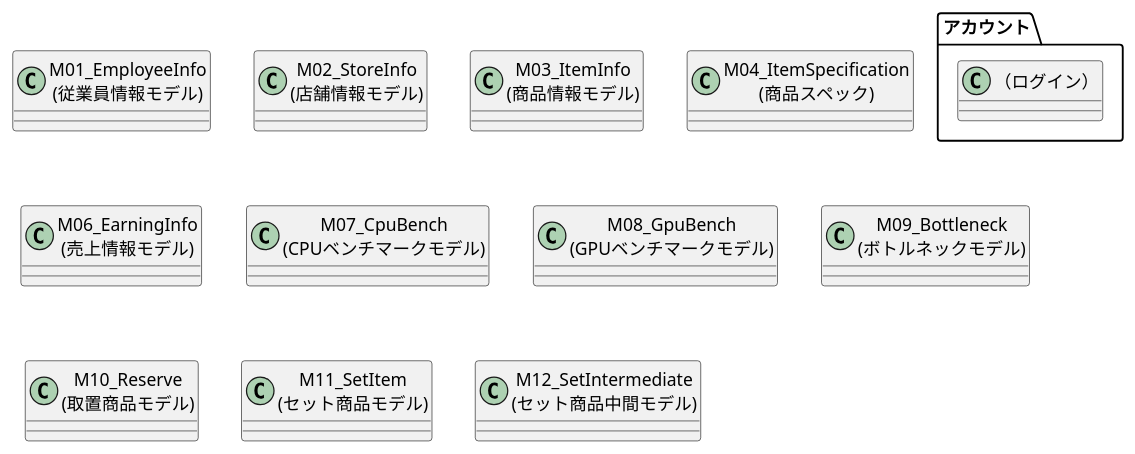
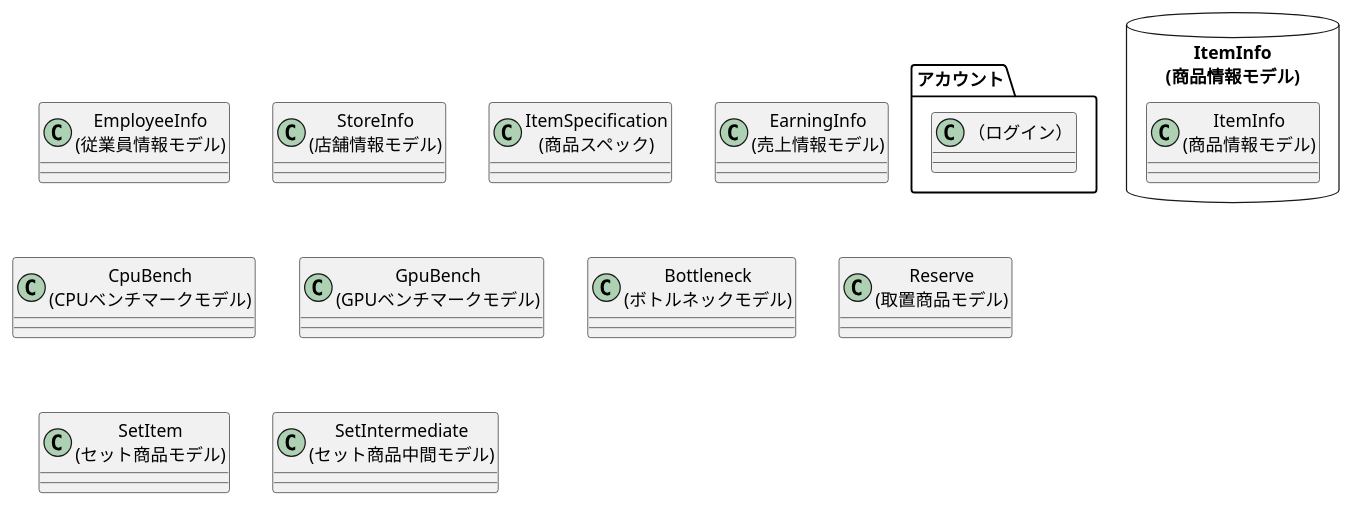
Before and after one commit to HaruShim/Sotuken: the diagram in 各種設計書/5クラス図/クラス図_naito.plantuml, drawn with PlantUML. The commit also changed 651 other files, not shown here.

```diff
--- a/各種設計書/5クラス図/クラス図_naito.plantuml
+++ b/各種設計書/5クラス図/クラス図_naito.plantuml
@@ -1,18 +1,21 @@
 @startuml 仮作成
 package "アカウント"{
     class "（ログイン）"
 }
 
 
-    class "M01_EmployeeInfo\n(従業員情報モデル)" as 従業員情報モデル
-    class "M02_StoreInfo\n(店舗情報モデル)" as 店舗情報モデル
-    class "M03_ItemInfo\n(商品情報モデル)" as 商品情報モデル
-    class "M04_ItemSpecification\n(商品スペック)" as 商品スペック
-    class "M06_EarningInfo\n(売上情報モデル)" as 売上情報モデル
-    class "M07_CpuBench\n(CPUベンチマークモデル)" as CPUベンチマークモデル
-    class "M08_GpuBench\n(GPUベンチマークモデル)" as GPUベンチマークモデル
-    class "M09_Bottleneck\n(ボトルネックモデル)" as ボトルネックモデル
-    class "M10_Reserve\n(取置商品モデル)" as 取置商品モデル
-    class "M11_SetItem\n(セット商品モデル)" as セット商品モデル
-    class "M12_SetIntermediate\n(セット商品中間モデル)" as セット商品中間モデル
+    class "EmployeeInfo\n(従業員情報モデル)" as 従業員情報モデル
+    class "StoreInfo\n(店舗情報モデル)" as 店舗情報モデル
+    class "ItemInfo\n(商品情報モデル)" as 商品情報モデル
+    package 商品情報モデル <<Database>> {
+        class "ItemInfo\n(商品情報モデル)" as 商品情報モデル2
+    }
+    class "ItemSpecification\n(商品スペック)" as 商品スペック
+    class "EarningInfo\n(売上情報モデル)" as 売上情報モデル
+    class "CpuBench\n(CPUベンチマークモデル)" as CPUベンチマークモデル
+    class "GpuBench\n(GPUベンチマークモデル)" as GPUベンチマークモデル
+    class "Bottleneck\n(ボトルネックモデル)" as ボトルネックモデル
+    class "Reserve\n(取置商品モデル)" as 取置商品モデル
+    class "SetItem\n(セット商品モデル)" as セット商品モデル
+    class "SetIntermediate\n(セット商品中間モデル)" as セット商品中間モデル
 @enduml
```
